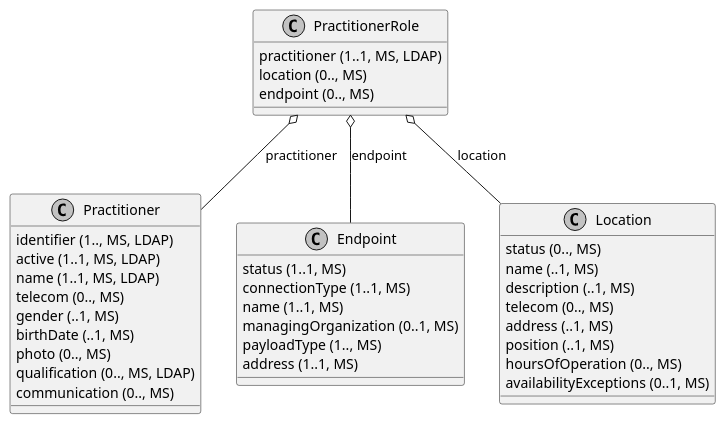
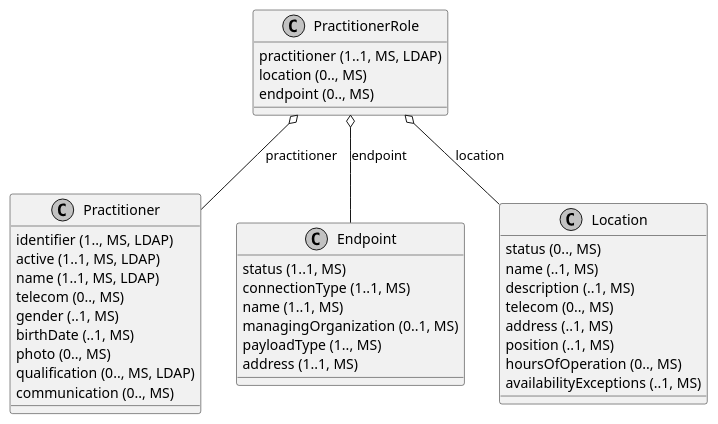
One commit to gematik/api-vzd changed the diagram in src/plantuml/ClassDiagram.PractitionerRole.puml. Above: the diagram before and after it, drawn with PlantUML.

```diff
--- a/src/plantuml/ClassDiagram.PractitionerRole.puml
+++ b/src/plantuml/ClassDiagram.PractitionerRole.puml
@@ -1,41 +1,41 @@
 @startuml ClassDiagram.PractitionerRole
 skinparam monochrome true
 class PractitionerRole {
   {field} practitioner (1..1, MS, LDAP)
   {field} location (0.., MS)
   {field} endpoint (0.., MS)
 }
 class Practitioner {
   {field} identifier (1.., MS, LDAP)
   {field} active (1..1, MS, LDAP)
   {field} name (1..1, MS, LDAP)
   {field} telecom (0.., MS)
   {field} gender (..1, MS)
   {field} birthDate (..1, MS)
   {field} photo (0.., MS)
   {field} qualification (0.., MS, LDAP)
   {field} communication (0.., MS)
 }
 class Endpoint {
   {field} status (1..1, MS)
   {field} connectionType (1..1, MS)
   {field} name (1..1, MS)
   {field} managingOrganization (0..1, MS)
   {field} payloadType (1.., MS)
   {field} address (1..1, MS)
 }
 class Location {
   {field} status (0.., MS)
   {field} name (..1, MS)
   {field} description (..1, MS)
   {field} telecom (0.., MS)
   {field} address (..1, MS)
   {field} position (..1, MS)
   {field} hoursOfOperation (0.., MS)
-  {field} availabilityExceptions (0..1, MS)
+  {field} availabilityExceptions (..1, MS)
 }
 
 PractitionerRole o-- Practitioner: practitioner
 PractitionerRole o-- Endpoint: endpoint
 PractitionerRole o-- Location: location
 @enduml
```
